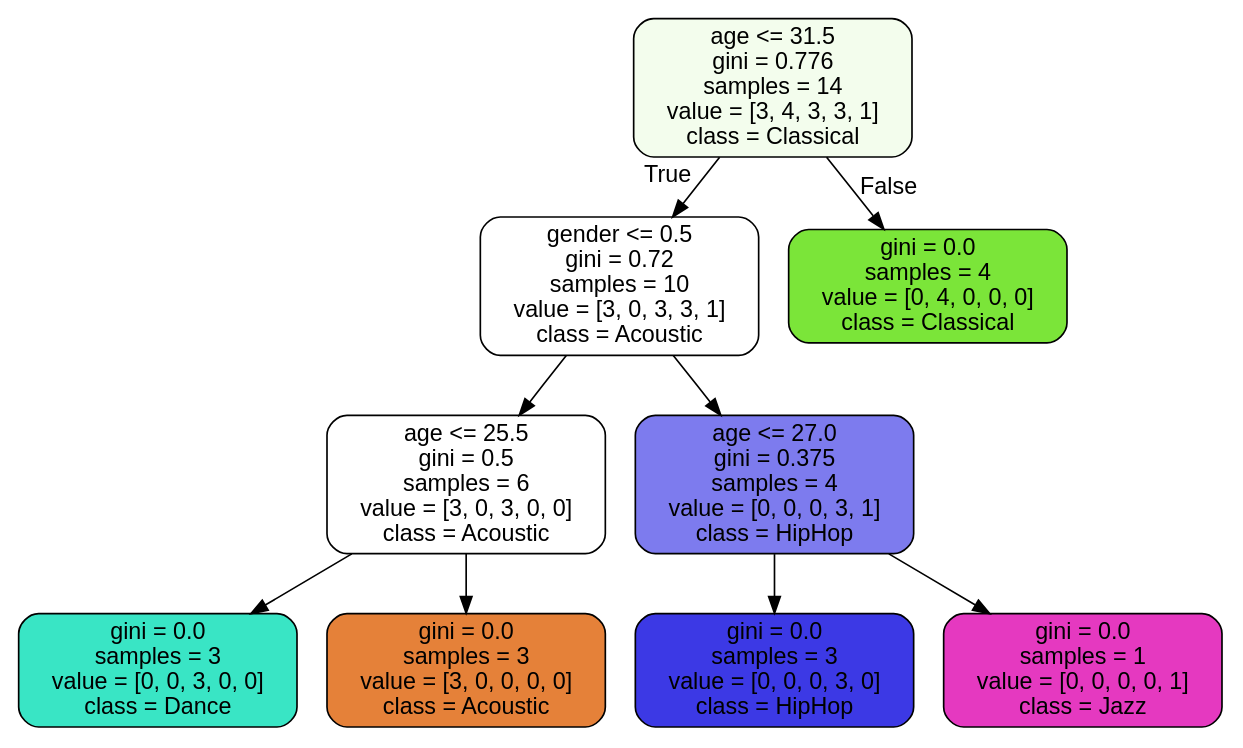
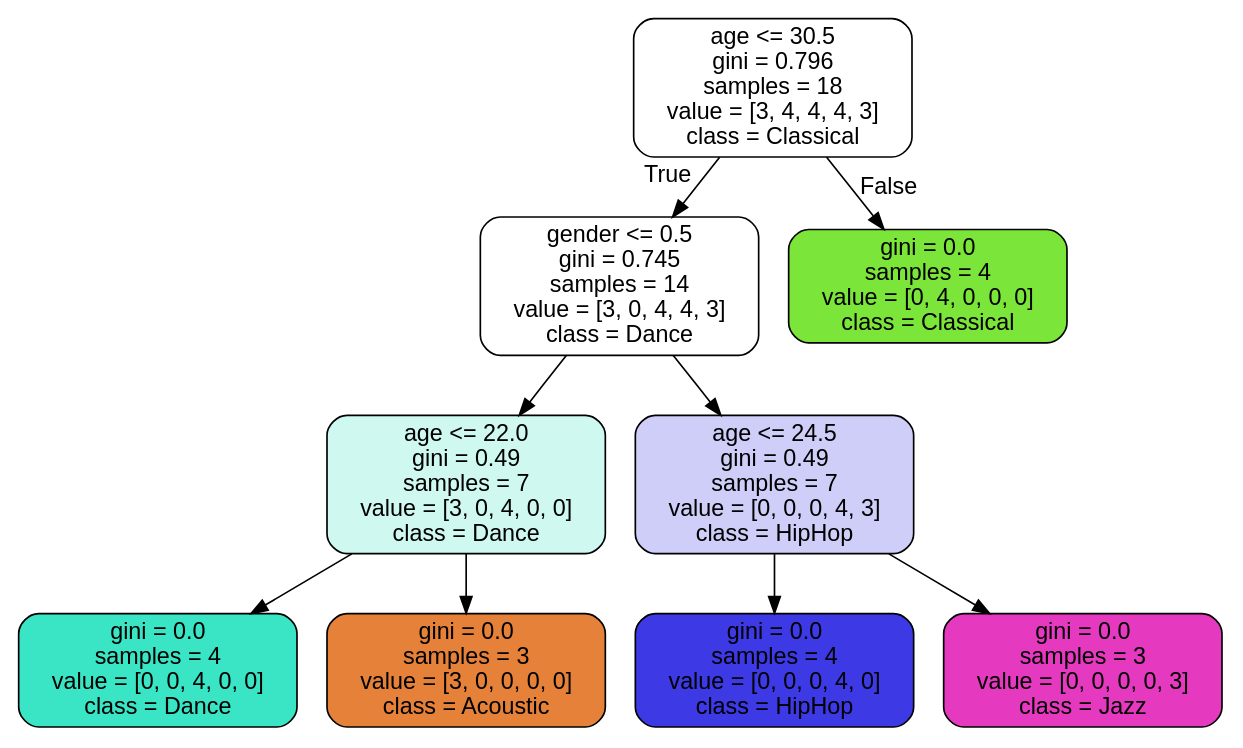
Before and after one commit to RHout19/Project-1: the diagram in Model 1/Project 2/music_recommender.dot, drawn with Graphviz. The commit also changed 1 other file, not shown here.

```diff
--- a/Model 1/Project 2/music_recommender.dot
+++ b/Model 1/Project 2/music_recommender.dot
@@ -1,21 +1,21 @@
 digraph Tree {
 node [shape=box, style="filled, rounded", color="black", fontname="helvetica"] ;
 edge [fontname="helvetica"] ;
-0 [label="age <= 31.5\ngini = 0.776\nsamples = 14\nvalue = [3, 4, 3, 3, 1]\nclass = Classical", fillcolor="#f3fded"] ;
-1 [label="gender <= 0.5\ngini = 0.72\nsamples = 10\nvalue = [3, 0, 3, 3, 1]\nclass = Acoustic", fillcolor="#ffffff"] ;
+0 [label="age <= 30.5\ngini = 0.796\nsamples = 18\nvalue = [3, 4, 4, 4, 3]\nclass = Classical", fillcolor="#ffffff"] ;
+1 [label="gender <= 0.5\ngini = 0.745\nsamples = 14\nvalue = [3, 0, 4, 4, 3]\nclass = Dance", fillcolor="#ffffff"] ;
 0 -> 1 [labeldistance=2.5, labelangle=45, headlabel="True"] ;
-2 [label="age <= 25.5\ngini = 0.5\nsamples = 6\nvalue = [3, 0, 3, 0, 0]\nclass = Acoustic", fillcolor="#ffffff"] ;
+2 [label="age <= 22.0\ngini = 0.49\nsamples = 7\nvalue = [3, 0, 4, 0, 0]\nclass = Dance", fillcolor="#cef8f0"] ;
 1 -> 2 ;
-3 [label="gini = 0.0\nsamples = 3\nvalue = [0, 0, 3, 0, 0]\nclass = Dance", fillcolor="#39e5c5"] ;
+3 [label="gini = 0.0\nsamples = 4\nvalue = [0, 0, 4, 0, 0]\nclass = Dance", fillcolor="#39e5c5"] ;
 2 -> 3 ;
 4 [label="gini = 0.0\nsamples = 3\nvalue = [3, 0, 0, 0, 0]\nclass = Acoustic", fillcolor="#e58139"] ;
 2 -> 4 ;
-5 [label="age <= 27.0\ngini = 0.375\nsamples = 4\nvalue = [0, 0, 0, 3, 1]\nclass = HipHop", fillcolor="#7d7bee"] ;
+5 [label="age <= 24.5\ngini = 0.49\nsamples = 7\nvalue = [0, 0, 0, 4, 3]\nclass = HipHop", fillcolor="#cecef8"] ;
 1 -> 5 ;
-6 [label="gini = 0.0\nsamples = 3\nvalue = [0, 0, 0, 3, 0]\nclass = HipHop", fillcolor="#3c39e5"] ;
+6 [label="gini = 0.0\nsamples = 4\nvalue = [0, 0, 0, 4, 0]\nclass = HipHop", fillcolor="#3c39e5"] ;
 5 -> 6 ;
-7 [label="gini = 0.0\nsamples = 1\nvalue = [0, 0, 0, 0, 1]\nclass = Jazz", fillcolor="#e539c0"] ;
+7 [label="gini = 0.0\nsamples = 3\nvalue = [0, 0, 0, 0, 3]\nclass = Jazz", fillcolor="#e539c0"] ;
 5 -> 7 ;
 8 [label="gini = 0.0\nsamples = 4\nvalue = [0, 4, 0, 0, 0]\nclass = Classical", fillcolor="#7be539"] ;
 0 -> 8 [labeldistance=2.5, labelangle=-45, headlabel="False"] ;
 }
```
